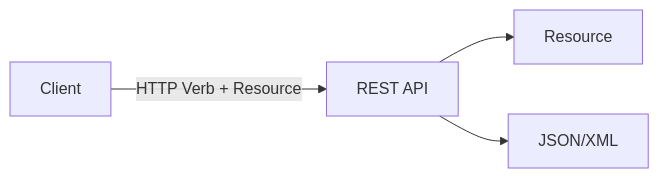
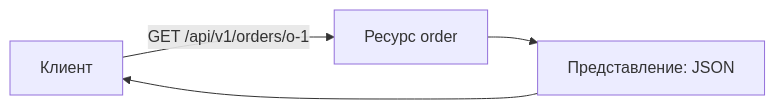
The sixth of 10 diagrams in lectures/Lec10/vitepress.md (Kert0n/KPO), drawn with Mermaid before and after one commit. The commit also changed other lines of this file and 9 other files, not shown here.

````diff
--- a/lectures/Lec10/vitepress.md
+++ b/lectures/Lec10/vitepress.md
@@ -238,6 +371,6 @@
 ```mermaid
 flowchart LR
-    Client[Client] -->|HTTP Verb + Resource| REST[REST API]
-    REST --> Resource[Resource]
-    REST --> Representation[JSON/XML]
+    Client["Клиент"] -->|"GET /api/v1/orders/o-1"| Resource["Ресурс order"]
+    Resource --> Representation["Представление: JSON"]
+    Representation --> Client
 ```
````
